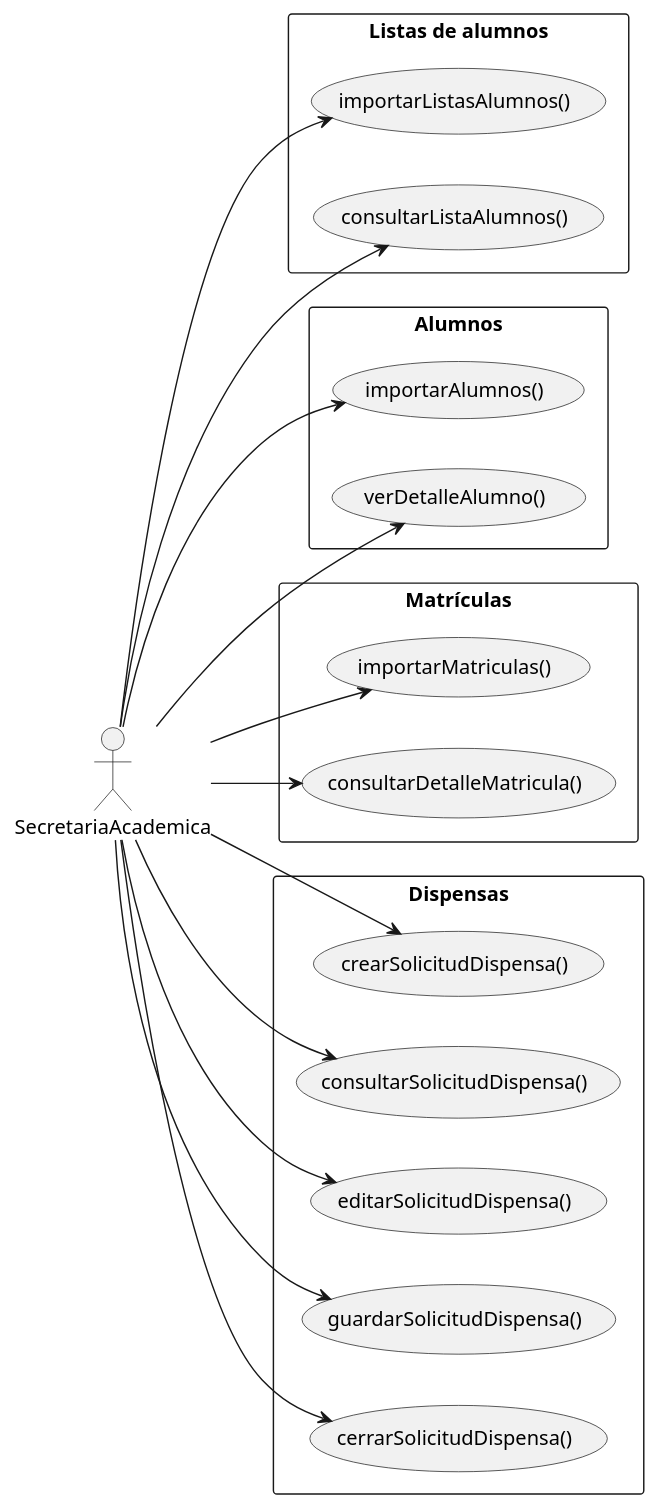
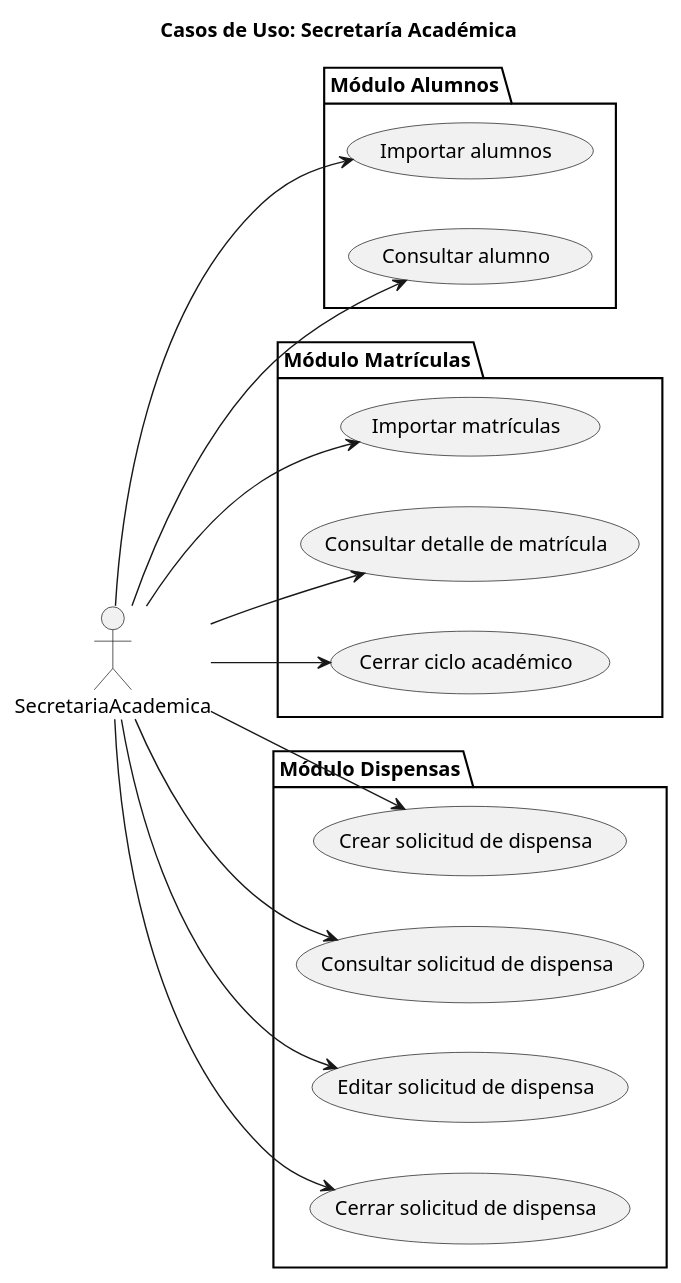
The diagram in documents/CasosDeUso/CasoDeUso/Secretaria/DiagramaCompletoCasoDeUso.puml (enmabry/25-26-IdSw1-SdR), drawn with PlantUML before and after one commit. The commit also changed 21 other files, not shown here.

```diff
--- a/documents/CasosDeUso/CasoDeUso/Secretaria/DiagramaCompletoCasoDeUso.puml
+++ b/documents/CasosDeUso/CasoDeUso/Secretaria/DiagramaCompletoCasoDeUso.puml
@@ -1,59 +1,37 @@
-@startuml DiagramaDeCasosDeUsoSecretaria
+@startuml
+Title Casos de Uso: Secretaría Académica
 left to right direction
-skinparam packageStyle rectangle
+skinparam style strictuml
 
 actor SecretariaAcademica
 
+package "Módulo Alumnos" {
+    usecase "Importar alumnos" as AlumnosImportar
+    usecase "Consultar alumno" as AlumnosConsultar
+}
 
+package "Módulo Matrículas" {
+    usecase "Importar matrículas" as MatriculasImportar
+    usecase "Consultar detalle de matrícula" as MatriculasVerDetalle
+    usecase "Cerrar ciclo académico" as MatriculasCerrarCiclo
+}
 
-    '=========================
-    ' MÓDULO LISTAS
-    '=========================
-    package "Listas de alumnos" {
-        usecase "importarListasAlumnos()" as ListasImportarListas
-        usecase "consultarListaAlumnos()" as ListasConsultarLista
-    }
+package "Módulo Dispensas" {
+    usecase "Crear solicitud de dispensa" as DispensasCrear
+    usecase "Consultar solicitud de dispensa" as DispensasConsultar
+    usecase "Editar solicitud de dispensa" as DispensasEditar
+    usecase "Cerrar solicitud de dispensa" as DispensasCerrar
+}
 
-    '=========================
-    ' MÓDULO ALUMNOS
-    '=========================
-    package "Alumnos" {
-        usecase "importarAlumnos()"      as AlumnosImportar
-        usecase "verDetalleAlumno()"     as AlumnosVerDetalle
-    }
+SecretariaAcademica --> AlumnosImportar
+SecretariaAcademica --> AlumnosConsultar
 
-    '=========================
-    ' MÓDULO MATRÍCULAS
-    '=========================
-    package "Matrículas" {
-        usecase "importarMatriculas()"   as MatriculasImportar
-        usecase "consultarDetalleMatricula()"  as MatriculasVerDetalle
-    }
+SecretariaAcademica --> MatriculasImportar
+SecretariaAcademica --> MatriculasVerDetalle
+SecretariaAcademica --> MatriculasCerrarCiclo
 
-    '=========================
-    ' MÓDULO DISPENSAS
-    '=========================
-    package "Dispensas" {
-        usecase "crearSolicitudDispensa()"        as DispensasCrear
-        usecase "consultarSolicitudDispensa()"    as DispensasConsultar
-        usecase "editarSolicitudDispensa()"       as DispensasEditar
-        usecase "guardarSolicitudDispensa()"      as DispensasGuardar
-        usecase "cerrarSolicitudDispensa()"       as DispensasCerrar
-    }
-
-    SecretariaAcademica --> ListasImportarListas
-    SecretariaAcademica --> ListasConsultarLista
-
-    SecretariaAcademica --> AlumnosImportar
-    SecretariaAcademica --> AlumnosVerDetalle
-
-    SecretariaAcademica --> MatriculasImportar
-    SecretariaAcademica --> MatriculasVerDetalle
-
-    SecretariaAcademica --> DispensasCrear
-    SecretariaAcademica --> DispensasConsultar
-    SecretariaAcademica --> DispensasEditar
-    SecretariaAcademica --> DispensasGuardar
-    SecretariaAcademica --> DispensasCerrar
-
+SecretariaAcademica --> DispensasCrear
+SecretariaAcademica --> DispensasConsultar
+SecretariaAcademica --> DispensasEditar
+SecretariaAcademica --> DispensasCerrar
 @enduml
```
